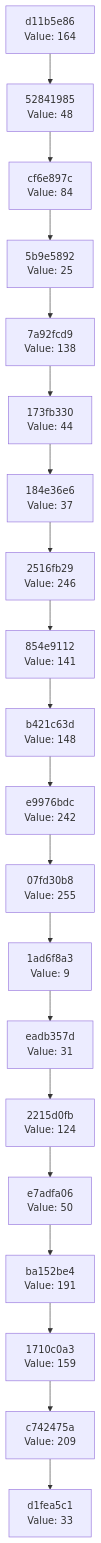
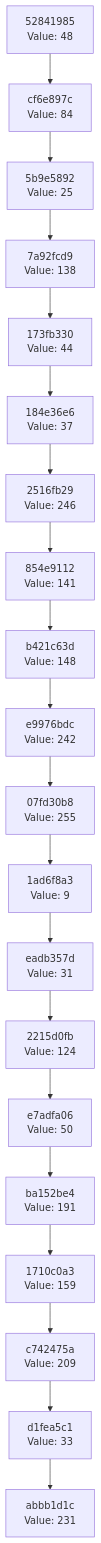
Before and after one commit to Abhisheksinha1506/hash-chain-evolver: the diagram in docs/CHAIN_VISUALIZATION.md, drawn with Mermaid. The commit also changed 3 other files, not shown here.

````diff
--- a/docs/CHAIN_VISUALIZATION.md
+++ b/docs/CHAIN_VISUALIZATION.md
@@ -3,42 +3,42 @@
 ```mermaid
 graph TD
-    C0["d1fea5c1<br/>Value: 33"]
-    C1["c742475a<br/>Value: 209"]
+    C0["abbb1d1c<br/>Value: 231"]
+    C1["d1fea5c1<br/>Value: 33"]
     C1 --> C0
-    C2["1710c0a3<br/>Value: 159"]
+    C2["c742475a<br/>Value: 209"]
     C2 --> C1
-    C3["ba152be4<br/>Value: 191"]
+    C3["1710c0a3<br/>Value: 159"]
     C3 --> C2
-    C4["e7adfa06<br/>Value: 50"]
+    C4["ba152be4<br/>Value: 191"]
     C4 --> C3
-    C5["2215d0fb<br/>Value: 124"]
+    C5["e7adfa06<br/>Value: 50"]
     C5 --> C4
-    C6["eadb357d<br/>Value: 31"]
+    C6["2215d0fb<br/>Value: 124"]
     C6 --> C5
-    C7["1ad6f8a3<br/>Value: 9"]
+    C7["eadb357d<br/>Value: 31"]
     C7 --> C6
-    C8["07fd30b8<br/>Value: 255"]
+    C8["1ad6f8a3<br/>Value: 9"]
     C8 --> C7
-    C9["e9976bdc<br/>Value: 242"]
+    C9["07fd30b8<br/>Value: 255"]
     C9 --> C8
-    C10["b421c63d<br/>Value: 148"]
+    C10["e9976bdc<br/>Value: 242"]
     C10 --> C9
-    C11["854e9112<br/>Value: 141"]
+    C11["b421c63d<br/>Value: 148"]
     C11 --> C10
-    C12["2516fb29<br/>Value: 246"]
+    C12["854e9112<br/>Value: 141"]
     C12 --> C11
-    C13["184e36e6<br/>Value: 37"]
+    C13["2516fb29<br/>Value: 246"]
     C13 --> C12
-    C14["173fb330<br/>Value: 44"]
+    C14["184e36e6<br/>Value: 37"]
     C14 --> C13
-    C15["7a92fcd9<br/>Value: 138"]
+    C15["173fb330<br/>Value: 44"]
     C15 --> C14
-    C16["5b9e5892<br/>Value: 25"]
+    C16["7a92fcd9<br/>Value: 138"]
     C16 --> C15
-    C17["cf6e897c<br/>Value: 84"]
+    C17["5b9e5892<br/>Value: 25"]
     C17 --> C16
-    C18["52841985<br/>Value: 48"]
+    C18["cf6e897c<br/>Value: 84"]
     C18 --> C17
-    C19["d11b5e86<br/>Value: 164"]
+    C19["52841985<br/>Value: 48"]
     C19 --> C18
 ```
````
